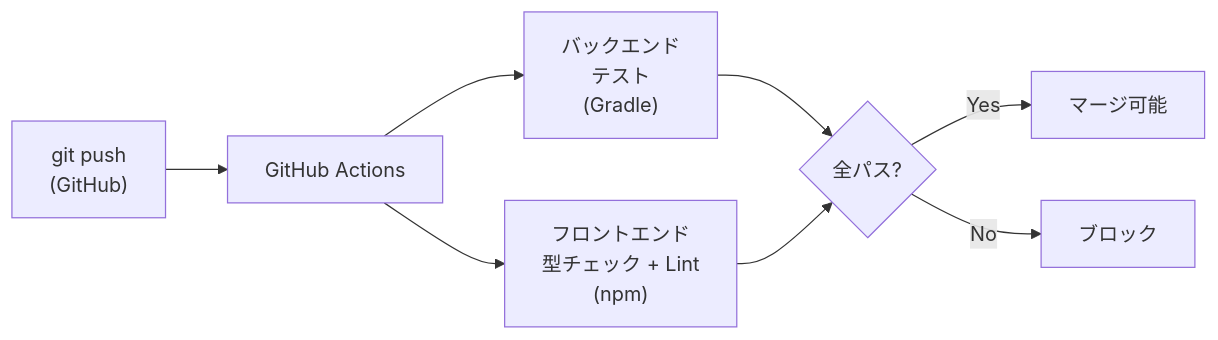
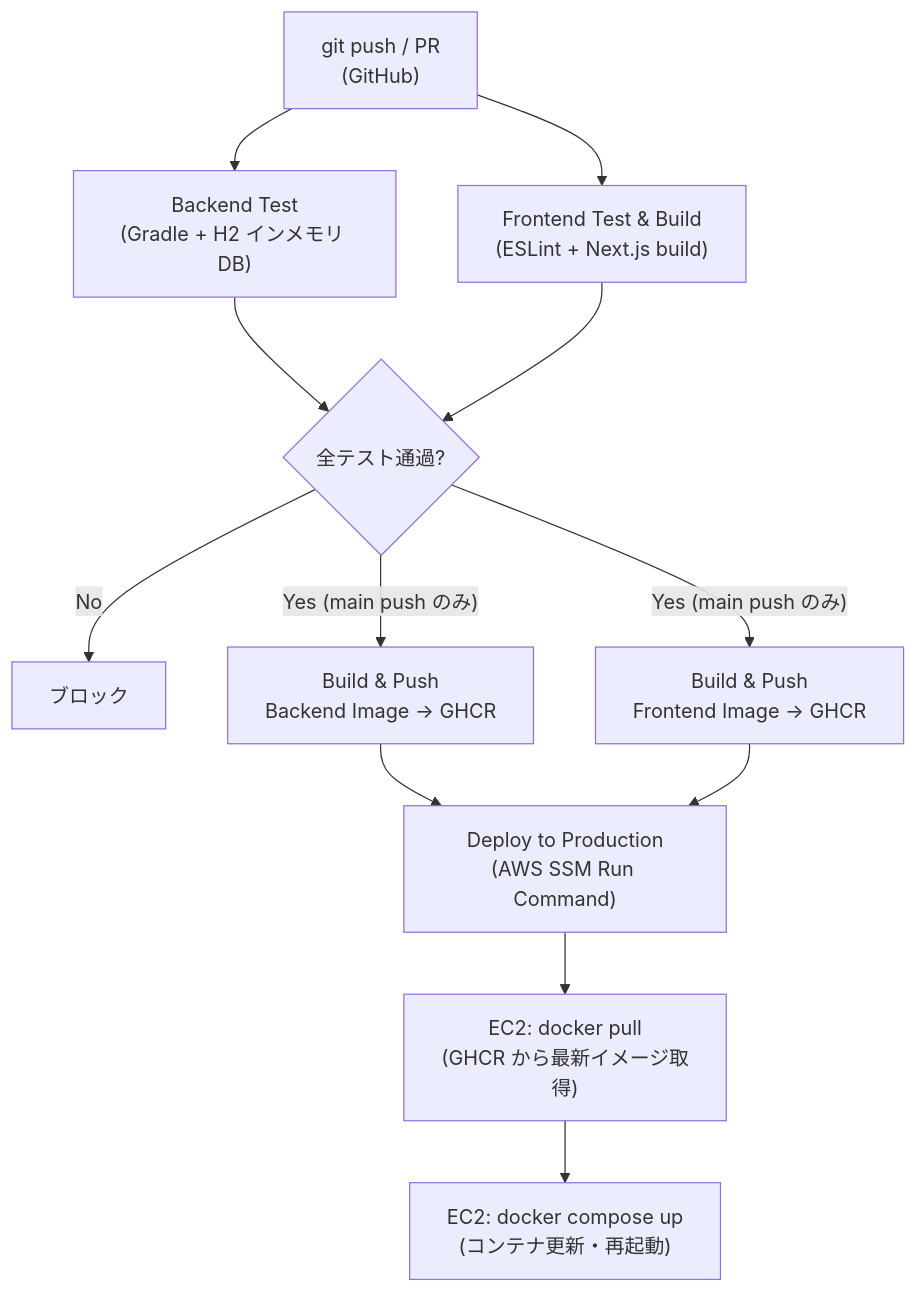
The third of 3 diagrams in docs/architecture.md (yuhihamada0703/inquiry-management), drawn with Mermaid before and after one commit. The commit also changed other lines of this file and 4 other files, not shown here.

````diff
--- a/docs/architecture.md
+++ b/docs/architecture.md
@@ -66,10 +163,18 @@
 ```mermaid
-graph LR
-    Push["git push\n(GitHub)"] --> CI["GitHub Actions"]
-    CI --> Test_BE["バックエンド\nテスト\n(Gradle)"]
-    CI --> Test_FE["フロントエンド\n型チェック + Lint\n(npm)"]
-    Test_BE --> Pass{全パス?}
-    Test_FE --> Pass
-    Pass -->|Yes| Done["マージ可能"]
-    Pass -->|No| Fail["ブロック"]
+graph TD
+    Push["git push / PR\n(GitHub)"] --> CI_BE["Backend Test\n(Gradle + H2 インメモリ DB)"]
+    Push --> CI_FE["Frontend Test & Build\n(ESLint + Next.js build)"]
+
+    CI_BE --> Gate{全テスト通過?}
+    CI_FE --> Gate
+
+    Gate -->|"No"| Fail["ブロック"]
+    Gate -->|"Yes (main push のみ)"| Build_BE["Build & Push\nBackend Image → GHCR"]
+    Gate -->|"Yes (main push のみ)"| Build_FE["Build & Push\nFrontend Image → GHCR"]
+
+    Build_BE --> Deploy["Deploy to Production\n(AWS SSM Run Command)"]
+    Build_FE --> Deploy
+
+    Deploy --> EC2_Pull["EC2: docker pull\n(GHCR から最新イメージ取得)"]
+    EC2_Pull --> EC2_Up["EC2: docker compose up\n(コンテナ更新・再起動)"]
 ```
````
